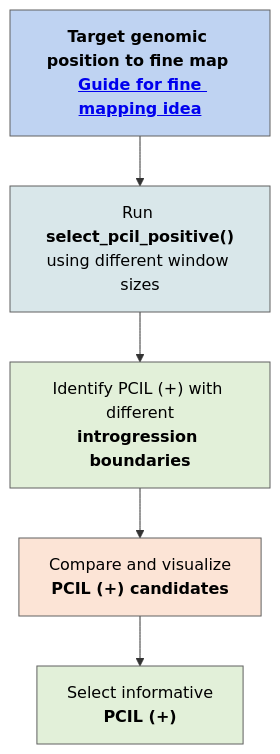
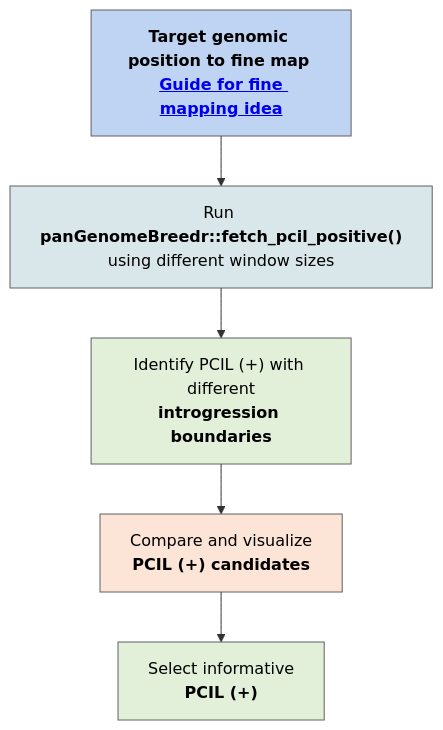
The fourth of 4 diagrams in README.md (claracruet/PCIL_selection_pipeline), drawn with Mermaid before and after one commit. The commit also changed other lines of this file, not shown here.

````diff
--- a/README.md
+++ b/README.md
@@ -230,27 +230,27 @@
 ```mermaid
 flowchart TD
 
 TARGET["<b>Target genomic position to fine map</b> <br/> <a href='https://github.com/claracruet/PCIL_selection_pipeline/blob/main/fine_mapping_example.md'><b>Guide for fine mapping idea</b></a> "]
 
-TARGET --> WINDOWS["Run <b>select_pcil_positive()</b><br/>using different window sizes"]
+TARGET --> WINDOWS["Run <b>panGenomeBreedr::fetch_pcil_positive()</b><br/>using different window sizes"]
 
 WINDOWS --> POS["Identify PCIL (+) with different<br/><b>introgression boundaries</b>"]
 
 POS --> COMPARE["Compare and visualize<br/><b>PCIL (+) candidates</b>"]
 
 COMPARE --> INFORM["Select informative<br/><b>PCIL (+)</b>"]
 
 %% =========================================================
 %% STYLES
 %% =========================================================
 
 classDef target fill:#BFD3F2,stroke:#606060,stroke-width:1px,color:#000;
 classDef function fill:#D9E7EA,stroke:#606060,stroke-width:1px,color:#000;
 classDef step fill:#E2F0D9,stroke:#606060,stroke-width:1px,color:#000;
 classDef plot fill:#FCE4D6,stroke:#606060,stroke-width:1px,color:#000;
 
 class TARGET target;
 class WINDOWS,NEG function;
 class POS,INFORM,PHENO,REFINE step;
 class COMPARE plot;
 ```
````
